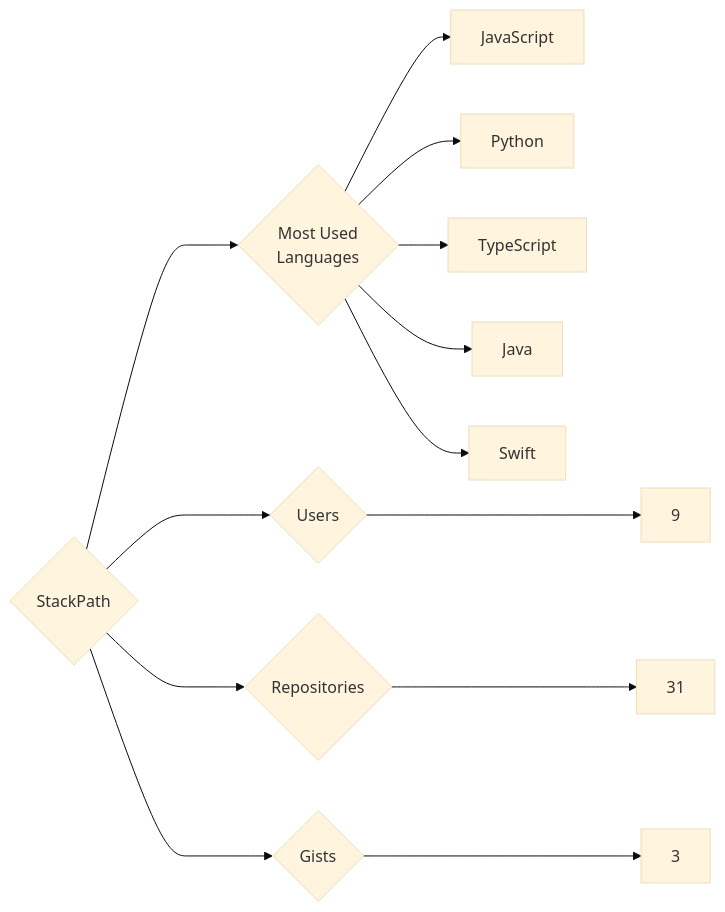
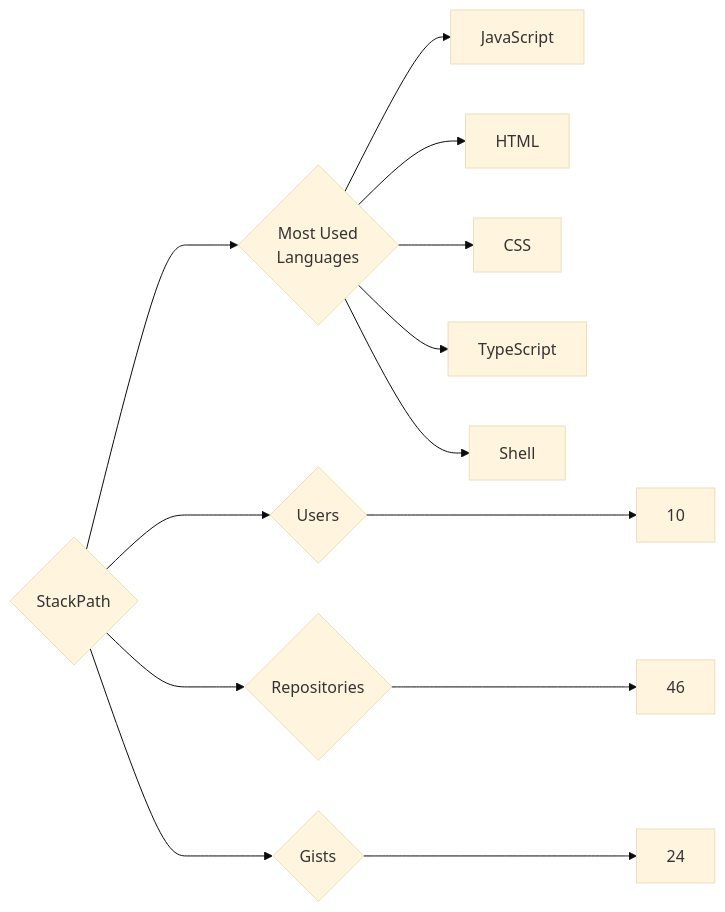
The diagram in targets/StackPath/README.md (trickest/insiders), drawn with Mermaid (base theme) before and after one commit. The commit also changed 1696 other files, not shown here.

````diff
--- a/targets/StackPath/README.md
+++ b/targets/StackPath/README.md
@@ -3,13 +3,13 @@
 ```mermaid
 graph LR
 COMPANY_NAME{StackPath}
-COMPANY_NAME ---> U{Users} ---> UN[9]
-COMPANY_NAME ---> R{Repositories} ---> RN[31]
-COMPANY_NAME ---> G{Gists} ---> GN[3]
+COMPANY_NAME ---> U{Users} ---> UN[10]
+COMPANY_NAME ---> R{Repositories} ---> RN[46]
+COMPANY_NAME ---> G{Gists} ---> GN[24]
 COMPANY_NAME ---> ML{Most Used<br>Languages}
 ML --> JavaScript[JavaScript]
-ML --> Python[Python]
+ML --> HTML[HTML]
+ML --> CSS[CSS]
 ML --> TypeScript[TypeScript]
-ML --> Java[Java]
-ML --> Swift[Swift]
+ML --> Shell[Shell]
 ```
````
